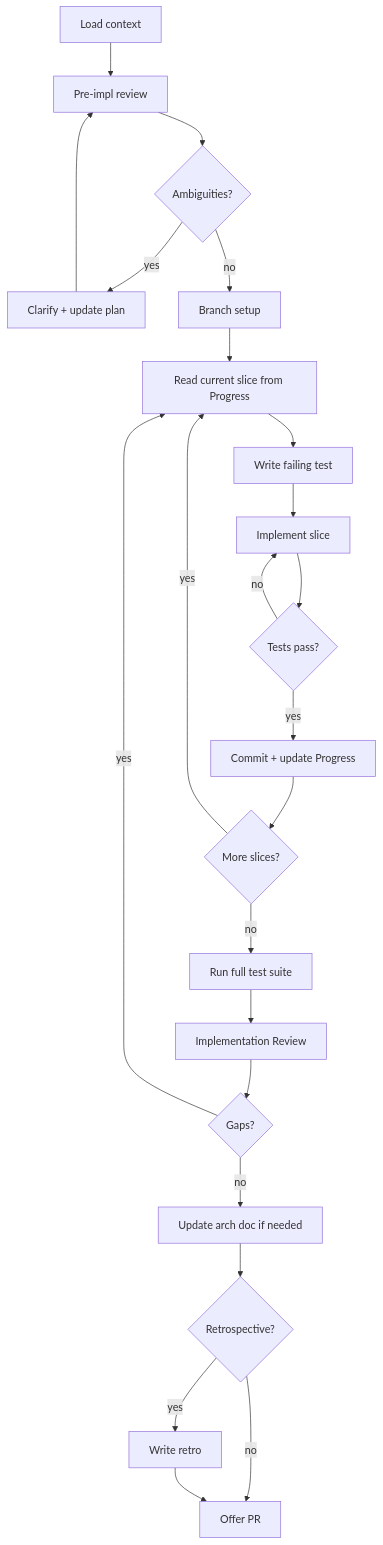
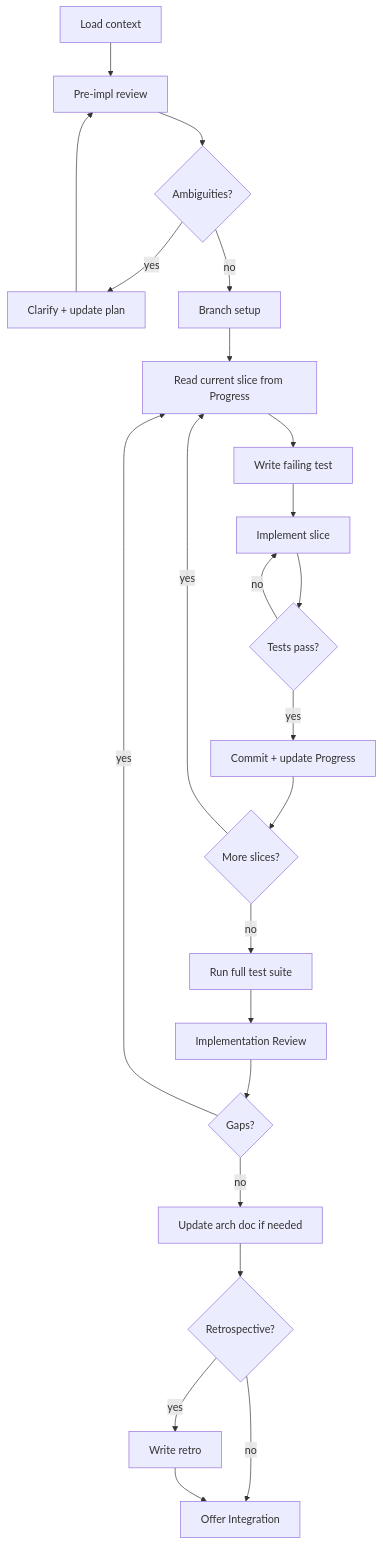
The diagram in .claude/skills/feature-impl.md (rbreunung/spring-kotlin-kafka-gradle-demo-2), drawn with Mermaid before and after one commit. The commit also changed 5 other files, not shown here.

Commit message:
chore: rename Offer PR to Offer Integration in flowcharts — generic platform-agnostic exit step

````diff
--- a/.claude/skills/feature-impl.md
+++ b/.claude/skills/feature-impl.md
@@ -8,25 +8,25 @@
 ```mermaid
 flowchart TD
     A[Load context] --> B[Pre-impl review]
     B --> C{Ambiguities?}
     C -->|yes| D[Clarify + update plan]
     D --> B
     C -->|no| E[Branch setup]
     E --> F[Read current slice from Progress]
     F --> G[Write failing test]
     G --> H[Implement slice]
     H --> I{Tests pass?}
     I -->|no| H
     I -->|yes| J[Commit + update Progress]
     J --> K{More slices?}
     K -->|yes| F
     K -->|no| L[Run full test suite]
     L --> M[Implementation Review]
     M --> N{Gaps?}
     N -->|yes| F
     N -->|no| O[Update arch doc if needed]
     O --> P{Retrospective?}
     P -->|yes| Q[Write retro]
-    P -->|no| R[Offer PR]
+    P -->|no| R[Offer Integration]
     Q --> R
 ```
````
